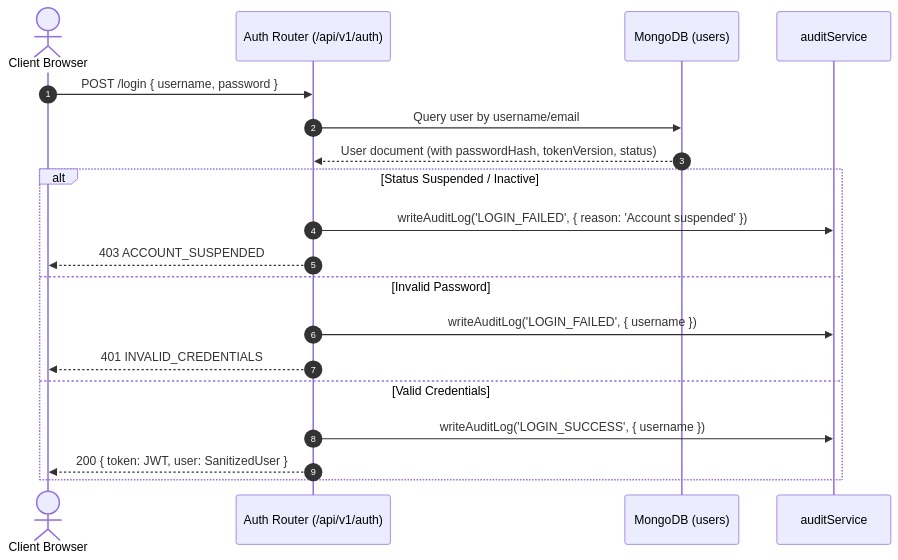
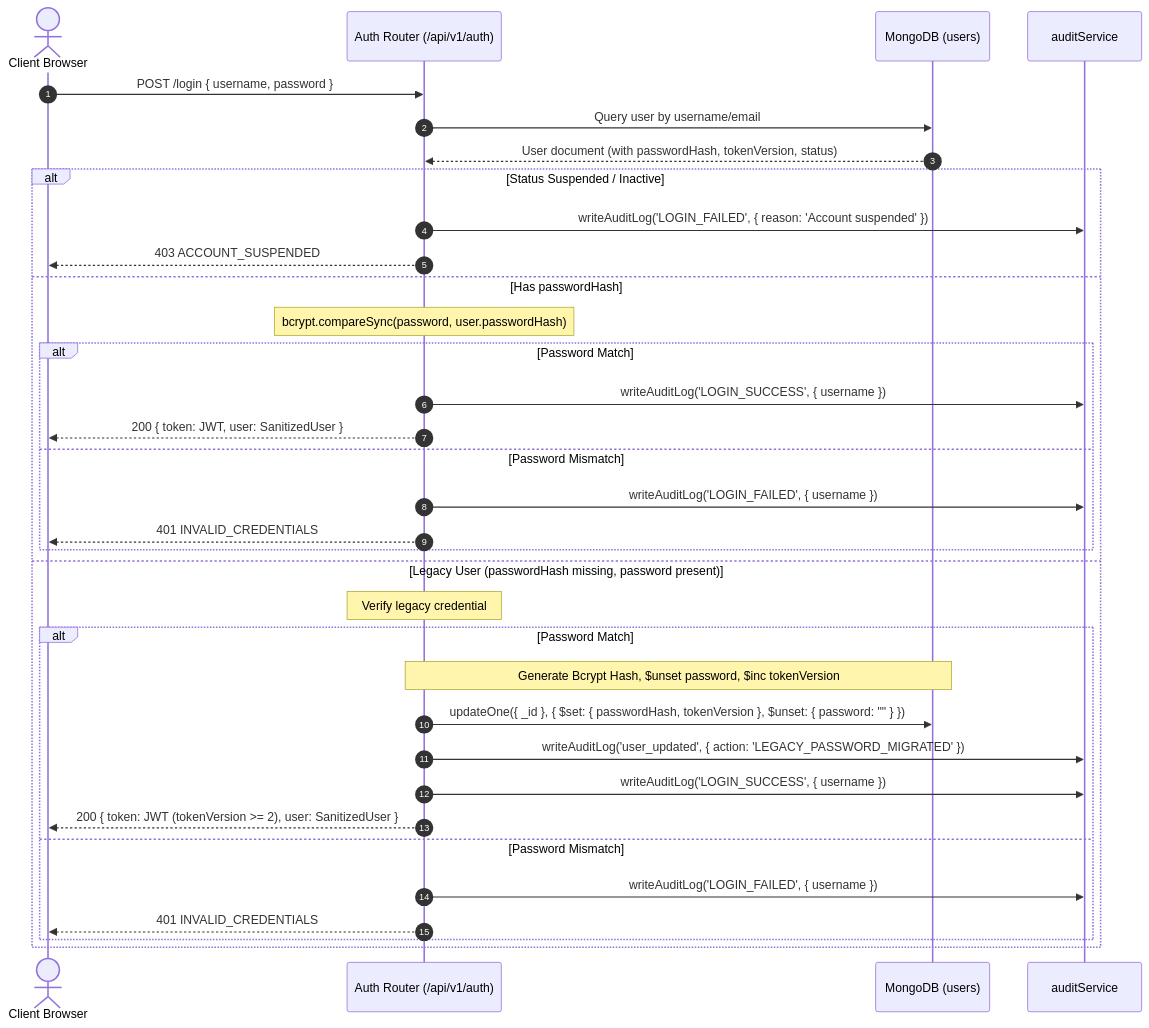
Before and after one commit to avanishrai30/billing: the diagram in docs/AUTH_SECURITY.md, drawn with Mermaid. The commit also changed other lines of this file and 3 other files, not shown here.

First line of the commit message:
fix: remove legacy password authentication fallback

````diff
--- a/docs/AUTH_SECURITY.md
+++ b/docs/AUTH_SECURITY.md
@@ -5,23 +5,38 @@
 ```mermaid
 sequenceDiagram
     autonumber
     actor User as Client Browser
     participant API as Auth Router (/api/v1/auth)
     participant DB as MongoDB (users)
     participant Audit as auditService
 
     User->>API: POST /login { username, password }
     API->>DB: Query user by username/email
     DB-->>API: User document (with passwordHash, tokenVersion, status)
     
     alt Status Suspended / Inactive
         API->>Audit: writeAuditLog('LOGIN_FAILED', { reason: 'Account suspended' })
         API-->>User: 403 ACCOUNT_SUSPENDED
-    else Invalid Password
-        API->>Audit: writeAuditLog('LOGIN_FAILED', { username })
-        API-->>User: 401 INVALID_CREDENTIALS
-    else Valid Credentials
-        API->>Audit: writeAuditLog('LOGIN_SUCCESS', { username })
-        API-->>User: 200 { token: JWT, user: SanitizedUser }
+    else Has passwordHash
+        Note over API: bcrypt.compareSync(password, user.passwordHash)
+        alt Password Match
+            API->>Audit: writeAuditLog('LOGIN_SUCCESS', { username })
+            API-->>User: 200 { token: JWT, user: SanitizedUser }
+        else Password Mismatch
+            API->>Audit: writeAuditLog('LOGIN_FAILED', { username })
+            API-->>User: 401 INVALID_CREDENTIALS
+        end
+    else Legacy User (passwordHash missing, password present)
+        Note over API: Verify legacy credential
+        alt Password Match
+            Note over API,DB: Generate Bcrypt Hash, $unset password, $inc tokenVersion
+            API->>DB: updateOne({ _id }, { $set: { passwordHash, tokenVersion }, $unset: { password: "" } })
+            API->>Audit: writeAuditLog('user_updated', { action: 'LEGACY_PASSWORD_MIGRATED' })
+            API->>Audit: writeAuditLog('LOGIN_SUCCESS', { username })
+            API-->>User: 200 { token: JWT (tokenVersion >= 2), user: SanitizedUser }
+        else Password Mismatch
+            API->>Audit: writeAuditLog('LOGIN_FAILED', { username })
+            API-->>User: 401 INVALID_CREDENTIALS
+        end
     end
 ```
````
